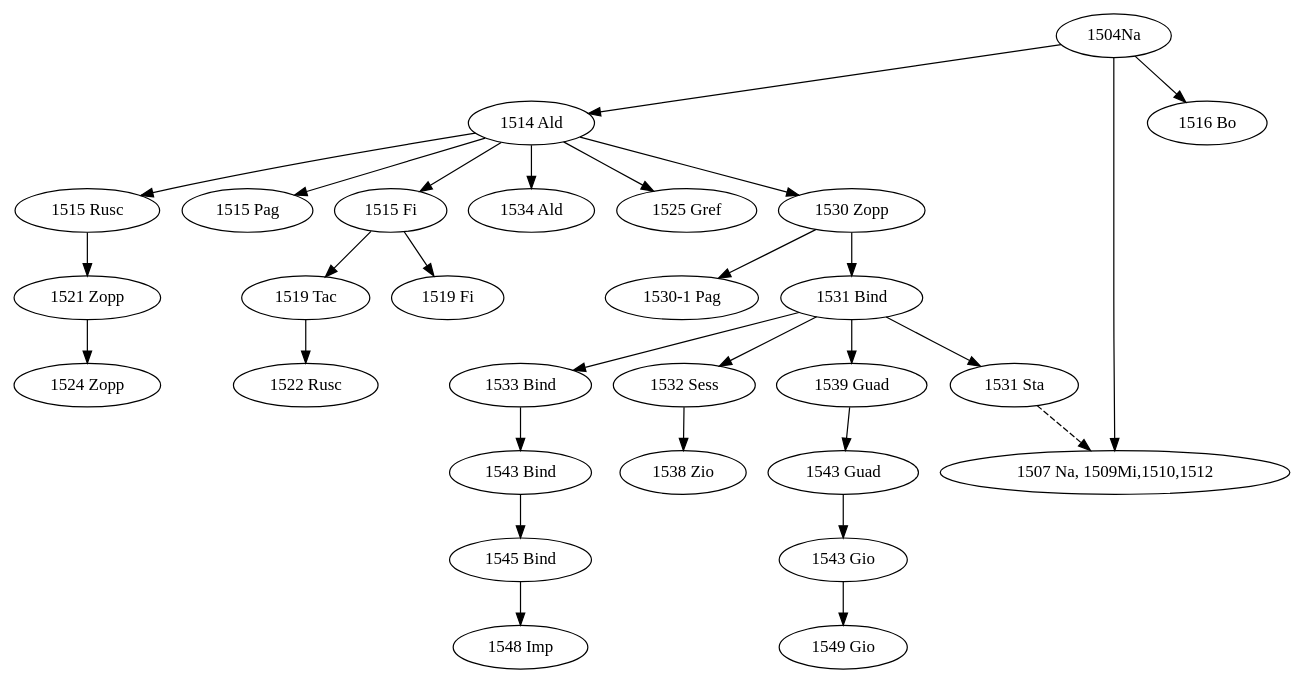
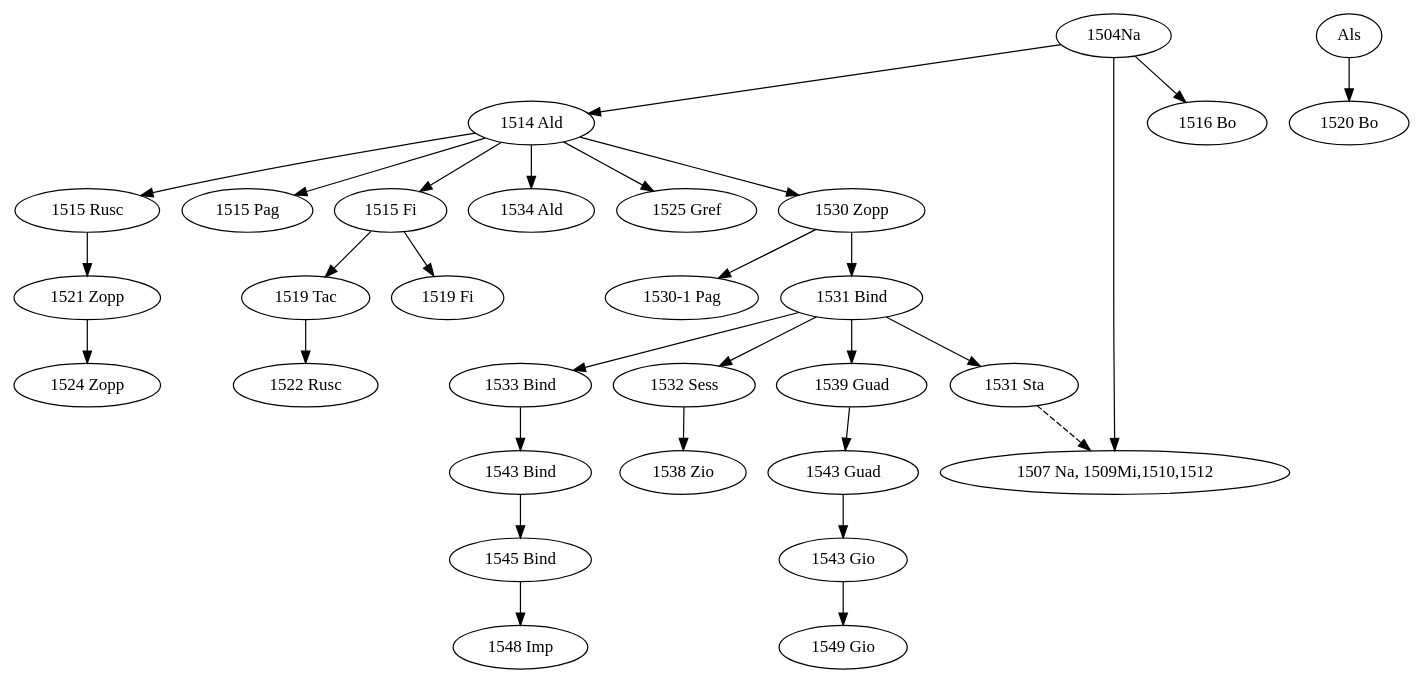
The diagram in data/ita/Trovato_2004_Sannazaro-Arcadia/stemma.gv (OpenStemmata/database), drawn with Graphviz before and after one commit.

```diff
--- a/data/ita/Trovato_2004_Sannazaro-Arcadia/stemma.gv
+++ b/data/ita/Trovato_2004_Sannazaro-Arcadia/stemma.gv
@@ -1,60 +1,62 @@
 digraph {
 Na[label="1504Na"]
 Ald[label="1514 Ald"]
 Rusc[label="1515 Rusc"]
 Zopp1[label="1521 Zopp"]
 Zopp2[label="1524 Zopp"]
 Pag[label="1515 Pag"]
 Fi1[label="1515 Fi"]
 Tac[label="1519 Tac"]
 Rusc2[label="1522 Rusc"]
 Fi2[label="1519 Fi"]
 Ald2[label="1534 Ald"]
 Greg[label="1525 Gref"]
 Zopp2[label="1524 Zopp"]
 Zopp3[label="1530 Zopp"]
 Pag2[label="1530-1 Pag"]
 Bind1[label="1531 Bind"]
 Bind2[label="1533 Bind"]
 Bind3[label="1543 Bind"]
 Bind4[label="1545 Bind"]
 Imp[label="1548 Imp"]
 Sess[label="1532 Sess"]
 Zio[label="1538 Zio"]
 Guad1[label="1539 Guad"]
 Guad2[label="1543 Guad"]
 Gio[label="1543 Gio"]
 Gio2[label="1549 Gio"]
 Sta[label="1531 Sta"]
 Na2[label="1507 Na, 1509Mi,1510,1512"] //VERY WEIRD, correct this
-Bo[label="1516 Bo"]
+Bo1516[label="1516 Bo"]
+Bo1520[label="1520 Bo"]
 
 Na->Ald;
 Ald->Rusc;
 Rusc->Zopp1;
 Zopp1->Zopp2;
 Ald->Pag;
 Ald->Fi1;
 Fi1->Tac;
 Tac->Rusc2;
 Fi1->Fi2;
 Ald->Ald2;
 Ald->Greg;
 Ald->Zopp3;
 Zopp3->Pag2;
 Zopp3->Bind1;
 Bind1->Sess;
 Sess->Zio;
 Bind1->Bind2;
 Bind2->Bind3;
 Bind3->Bind4;
 Bind4->Imp;
 Bind1->Guad1;
 Guad1->Guad2;
 Guad2->Gio;
 Gio->Gio2;
 Bind1->Sta;
+Als->Bo1520;
 Na->Na2;
-Na->Bo;
+Na->Bo1516;
 Sta->Na2[style="dashed"];//this is a bit unclear : where does the arrow go exactly……
 }
```
